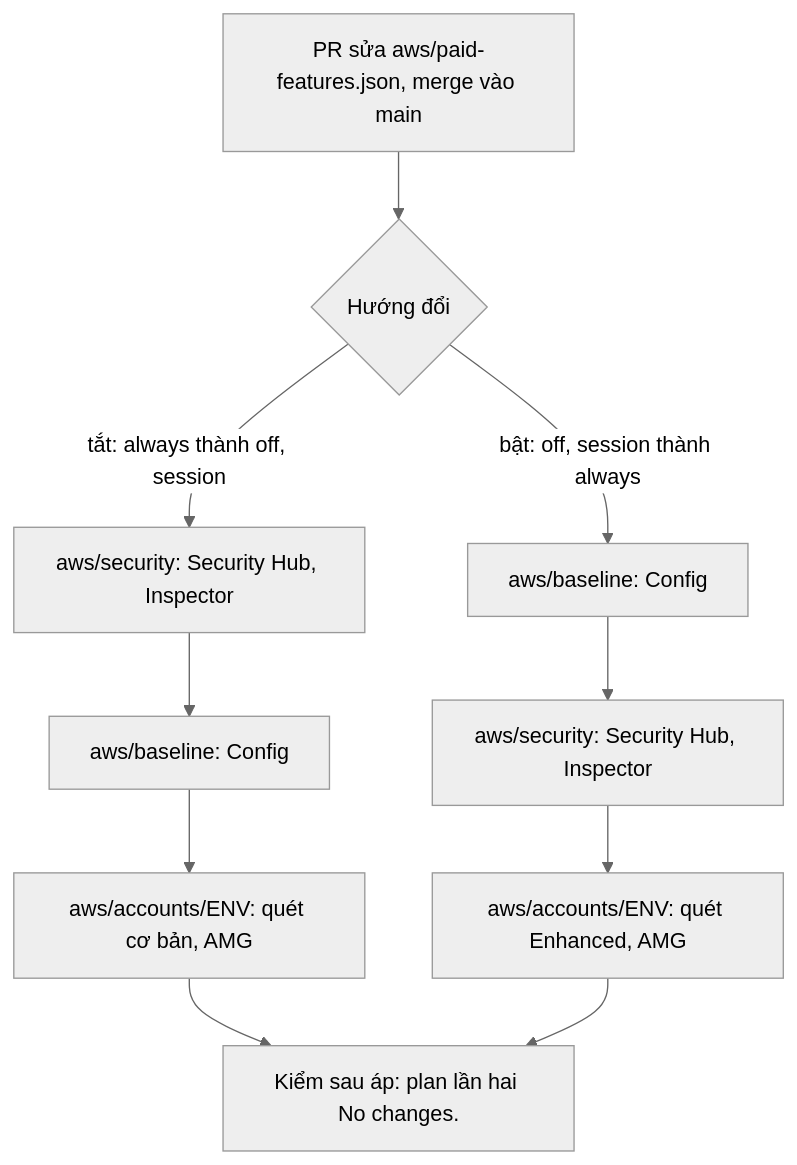
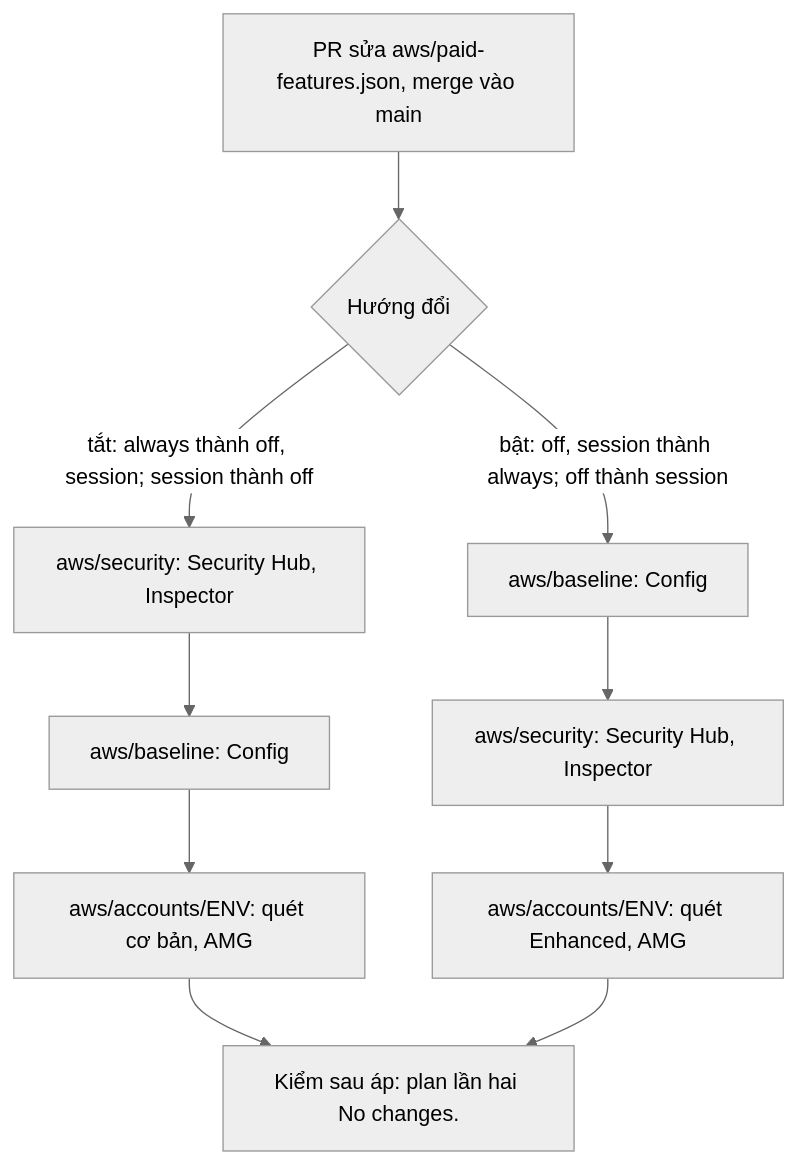
One commit to anhnvcoder/svp-infra changed the diagram in docs/runbooks/paid-features.md. Above: the diagram before and after it, drawn with Mermaid (neutral theme). The commit also changed other lines of this file and 54 other files, not shown here.

First line of the commit message:
feat: managed_grafana off and core session checks (#51)

````diff
--- a/docs/runbooks/paid-features.md
+++ b/docs/runbooks/paid-features.md
@@ -32,12 +33,12 @@
 ```mermaid
 flowchart TD
   pr["PR sửa aws/paid-features.json, merge vào main"] --> dir{"Hướng đổi"}
-  dir -->|"tắt: always thành off, session"| t1["aws/security: Security Hub, Inspector"]
+  dir -->|"tắt: always thành off, session; session thành off"| t1["aws/security: Security Hub, Inspector"]
   t1 --> t2["aws/baseline: Config"]
   t2 --> t3["aws/accounts/ENV: quét cơ bản, AMG"]
-  dir -->|"bật: off, session thành always"| b1["aws/baseline: Config"]
+  dir -->|"bật: off, session thành always; off thành session"| b1["aws/baseline: Config"]
   b1 --> b2["aws/security: Security Hub, Inspector"]
   b2 --> b3["aws/accounts/ENV: quét Enhanced, AMG"]
   t3 --> chk["Kiểm sau áp: plan lần hai No changes."]
   b3 --> chk
 ```
````
